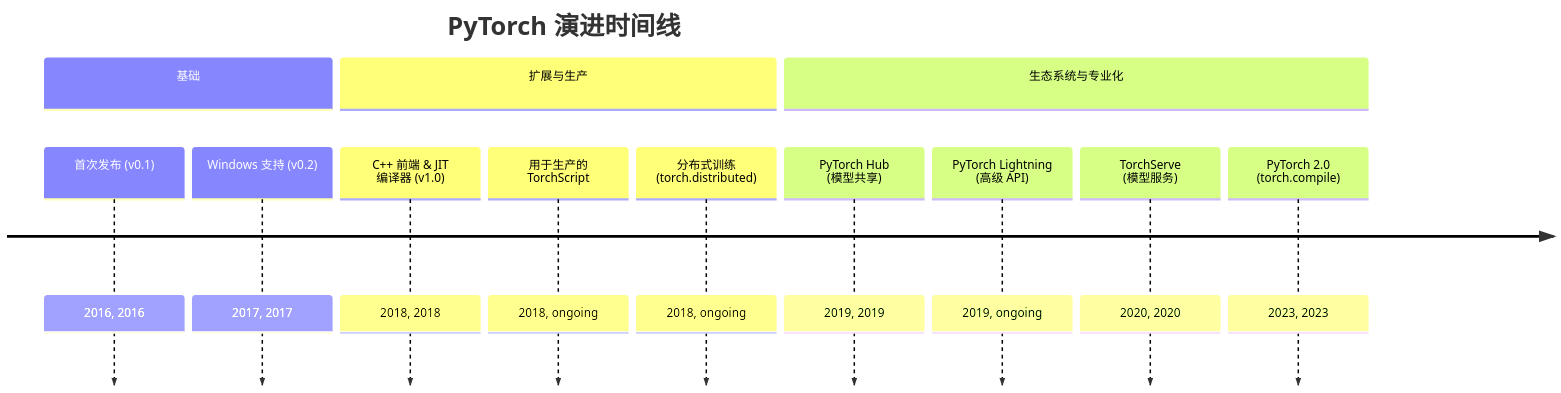
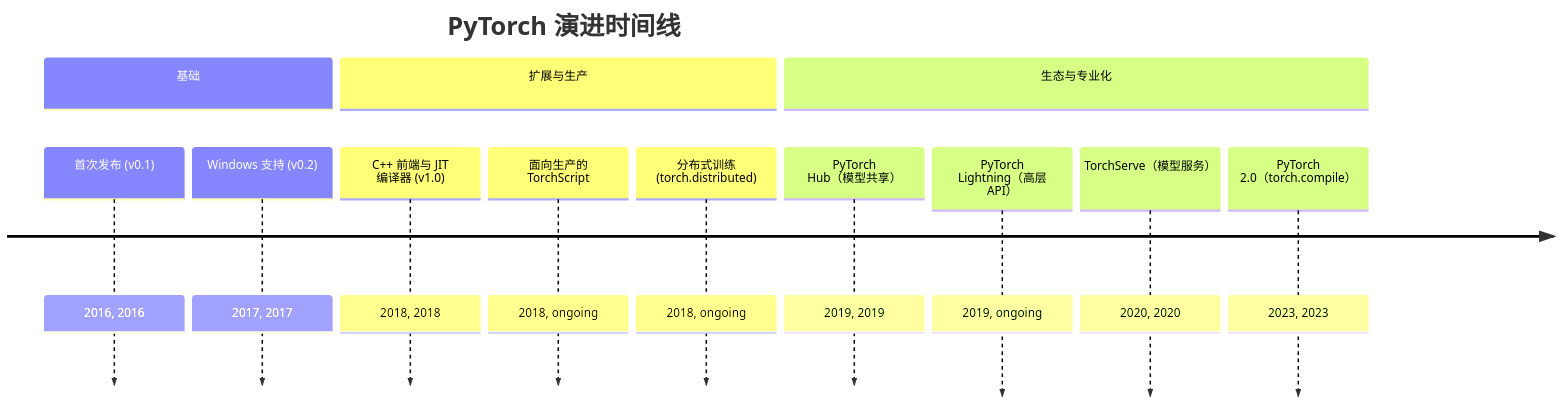
The first of 3 diagrams in docs/deep-learning/zh/pytorch_evolution_document.zh.md (tt33415366/python_data_process_lib_intro), drawn with Mermaid before and after one commit. The commit also changed other lines of this file and 21 other files, not shown here.

First line of the commit message:
feat(docs): add 'Typical use cases' sections and fix Mermaid mindmaps

````diff
--- a/docs/deep-learning/zh/pytorch_evolution_document.zh.md
+++ b/docs/deep-learning/zh/pytorch_evolution_document.zh.md
@@ -13,20 +13,20 @@
 ```mermaid
 timeline
     dateFormat  YYYY
     title PyTorch 演进时间线
 
     section 基础
     首次发布 (v0.1) : 2016, 2016
     Windows 支持 (v0.2) : 2017, 2017
 
     section 扩展与生产
-    C++ 前端 & JIT 编译器 (v1.0) : 2018, 2018
-    用于生产的 TorchScript : 2018, ongoing
+    C++ 前端与 JIT 编译器 (v1.0) : 2018, 2018
+    面向生产的 TorchScript : 2018, ongoing
     分布式训练 (torch.distributed) : 2018, ongoing
 
-    section 生态系统与专业化
-    PyTorch Hub (模型共享) : 2019, 2019
-    PyTorch Lightning (高级 API) : 2019, ongoing
-    TorchServe (模型服务) : 2020, 2020
-    PyTorch 2.0 (torch.compile) : 2023, 2023
+    section 生态与专业化
+    PyTorch Hub（模型共享） : 2019, 2019
+    PyTorch Lightning（高层 API） : 2019, ongoing
+    TorchServe（模型服务） : 2020, 2020
+    PyTorch 2.0（torch.compile） : 2023, 2023
 ```
````
